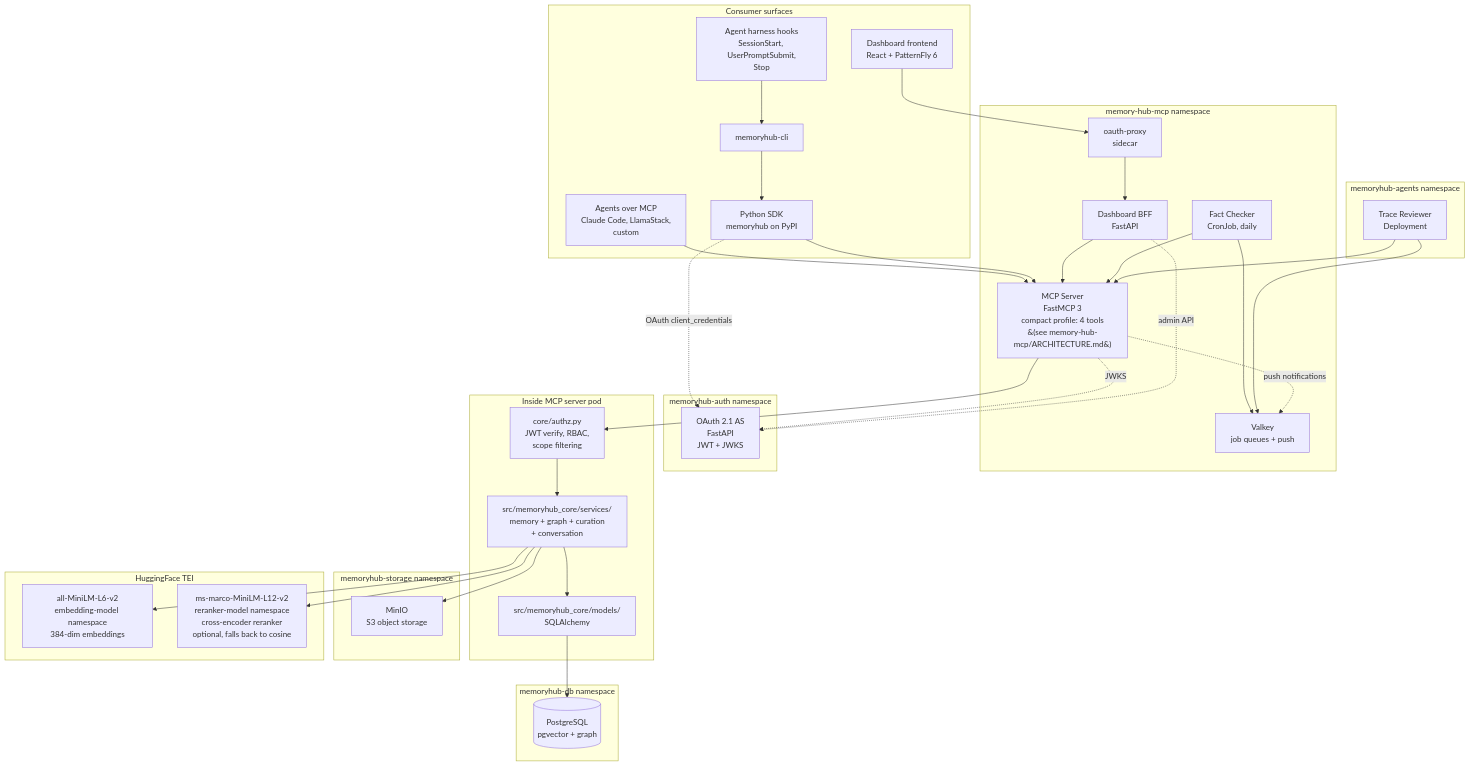
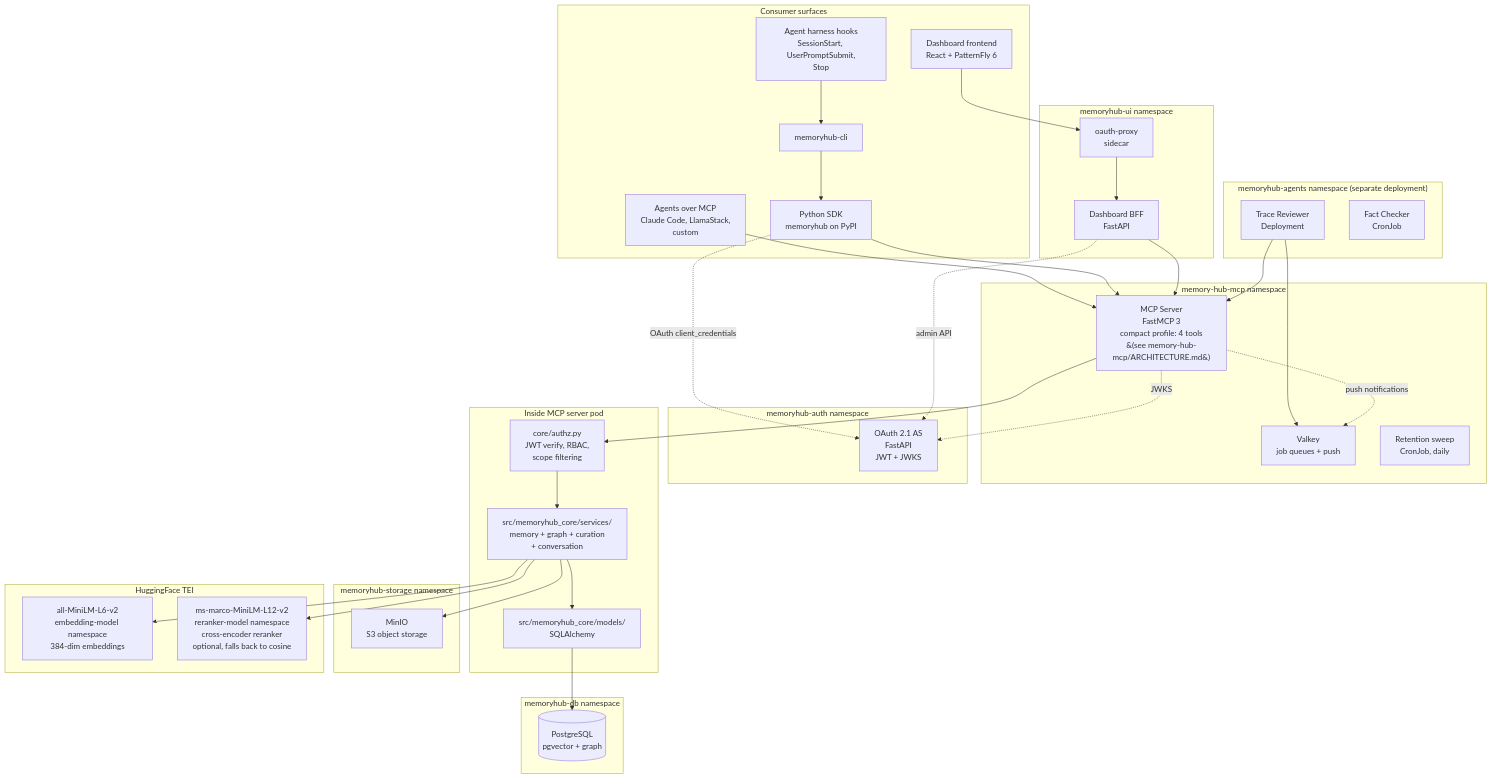
Before and after one commit to redhat-ai-americas/memory-hub: the second of 5 diagrams in docs/ARCHITECTURE.md, drawn with Mermaid. The commit also changed other lines of this file and 103 other files, not shown here.

````diff
--- a/docs/ARCHITECTURE.md
+++ b/docs/ARCHITECTURE.md
@@ -56,70 +56,72 @@
 ```mermaid
 graph TB
     subgraph "Consumer surfaces"
         AGENT[Agents over MCP<br/>Claude Code, LlamaStack,<br/>custom]
         SDK[Python SDK<br/>memoryhub on PyPI]
         CLI[memoryhub-cli]
         UI_FE[Dashboard frontend<br/>React + PatternFly 6]
         HOOKS[Agent harness hooks<br/>SessionStart, UserPromptSubmit,<br/>Stop]
     end
 
     subgraph "memory-hub-mcp namespace"
         MCP[MCP Server<br/>FastMCP 3<br/>compact profile: 4 tools<br/>&#40;see memory-hub-mcp/ARCHITECTURE.md&#41;]
+        VK[Valkey<br/>job queues + push]
+        RET[Retention sweep<br/>CronJob, daily]
+    end
+
+    subgraph "memoryhub-ui namespace"
         UI_BE[Dashboard BFF<br/>FastAPI]
         OAP[oauth-proxy<br/>sidecar]
-        VK[Valkey<br/>job queues + push]
-        FC[Fact Checker<br/>CronJob, daily]
     end
 
-    subgraph "memoryhub-agents namespace"
+    subgraph "memoryhub-agents namespace (separate deployment)"
         TR[Trace Reviewer<br/>Deployment]
+        FC[Fact Checker<br/>CronJob]
     end
 
     subgraph "memoryhub-auth namespace"
         AUTH[OAuth 2.1 AS<br/>FastAPI<br/>JWT + JWKS]
     end
 
     subgraph "Inside MCP server pod"
         AUTHZ[core/authz.py<br/>JWT verify, RBAC,<br/>scope filtering]
         SVC[src/memoryhub_core/services/<br/>memory + graph + curation<br/>+ conversation]
         MOD[src/memoryhub_core/models/<br/>SQLAlchemy]
     end
 
     subgraph "memoryhub-db namespace"
         PG[(PostgreSQL<br/>pgvector + graph)]
     end
 
     subgraph "memoryhub-storage namespace"
         MINIO[MinIO<br/>S3 object storage]
     end
 
     subgraph "HuggingFace TEI"
         EMB[all-MiniLM-L6-v2<br/>embedding-model namespace<br/>384-dim embeddings]
         RR[ms-marco-MiniLM-L12-v2<br/>reranker-model namespace<br/>cross-encoder reranker<br/>optional, falls back to cosine]
     end
 
     AGENT --> MCP
     SDK --> MCP
     CLI --> SDK
     HOOKS --> CLI
     UI_FE --> OAP --> UI_BE --> MCP
 
-    FC --> MCP
-    FC --> VK
     TR --> MCP
     TR --> VK
 
     SDK -. OAuth client_credentials .-> AUTH
     MCP -. JWKS .-> AUTH
     UI_BE -. admin API .-> AUTH
 
     MCP --> AUTHZ
     AUTHZ --> SVC
     SVC --> MOD
     MOD --> PG
     SVC --> MINIO
 
     SVC --> EMB
     SVC --> RR
     MCP -. push notifications .-> VK
 ```
````
